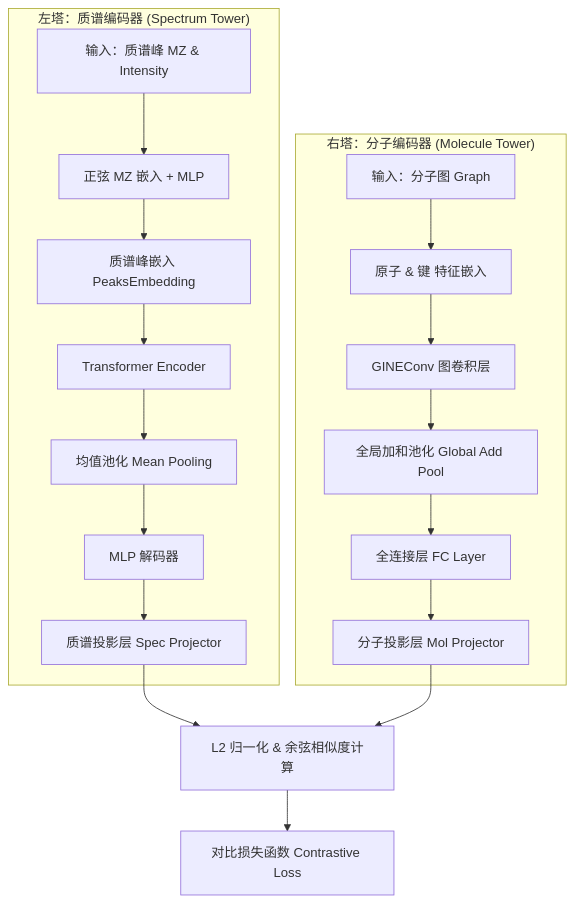
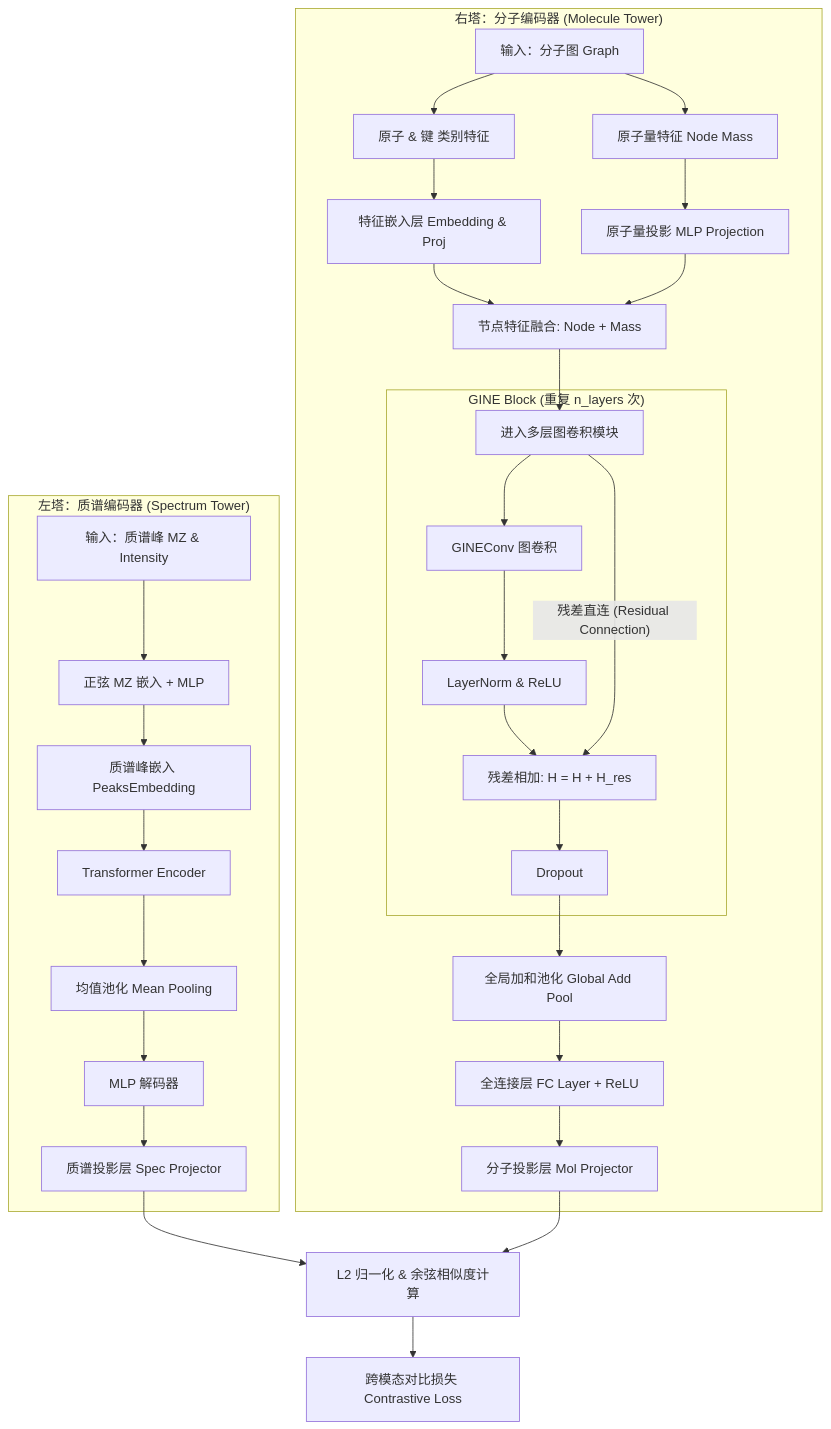
Before and after one commit to zzyyyl/SpecEmbedding: the diagram in model_architecture.md, drawn with Mermaid. The commit also changed other lines of this file, not shown here.

Commit message:
docs: 更新模型示意图

````diff
--- a/model_architecture.md
+++ b/model_architecture.md
@@ -7,24 +7,41 @@
 ```mermaid
 graph TD
     subgraph "左塔：质谱编码器 (Spectrum Tower)"
         S1[输入：质谱峰 MZ & Intensity] --> S2[正弦 MZ 嵌入 + MLP]
         S2 --> S3[质谱峰嵌入 PeaksEmbedding]
         S3 --> S4[Transformer Encoder]
         S4 --> S5[均值池化 Mean Pooling]
         S5 --> S6[MLP 解码器]
         S6 --> S7[质谱投影层 Spec Projector]
     end
 
     subgraph "右塔：分子编码器 (Molecule Tower)"
-        M1[输入：分子图 Graph] --> M2[原子 & 键 特征嵌入]
-        M2 --> M3[GINEConv 图卷积层]
-        M3 --> M4[全局加和池化 Global Add Pool]
-        M4 --> M5[全连接层 FC Layer]
+        M1[输入：分子图 Graph] --> M1_Node[原子 & 键 类别特征]
+        M1 --> M1_Mass[原子量特征 Node Mass]
+        
+        M1_Node --> M2[特征嵌入层 Embedding & Proj]
+        M1_Mass --> M2_Mass[原子量投影 MLP Projection]
+        
+        M2 --> M2_Add[节点特征融合: Node + Mass]
+        M2_Mass --> M2_Add
+        
+        M2_Add --> M3_In[进入多层图卷积模块]
+        
+        subgraph "GINE Block (重复 n_layers 次)"
+            M3_In --> M3_Conv[GINEConv 图卷积]
+            M3_Conv --> M3_Norm[LayerNorm & ReLU]
+            M3_Norm --> M3_ResAdd[残差相加: H = H + H_res]
+            M3_In -- "残差直连 (Residual Connection)" --> M3_ResAdd
+            M3_ResAdd --> M3_Drop[Dropout]
+        end
+        
+        M3_Drop --> M4[全局加和池化 Global Add Pool]
+        M4 --> M5[全连接层 FC Layer + ReLU]
         M5 --> M6[分子投影层 Mol Projector]
     end
 
     S7 --> D[L2 归一化 & 余弦相似度计算]
     M6 --> D
     
-    D --> L[对比损失函数 Contrastive Loss]
+    D --> L[跨模态对比损失 Contrastive Loss]
 ```
````
